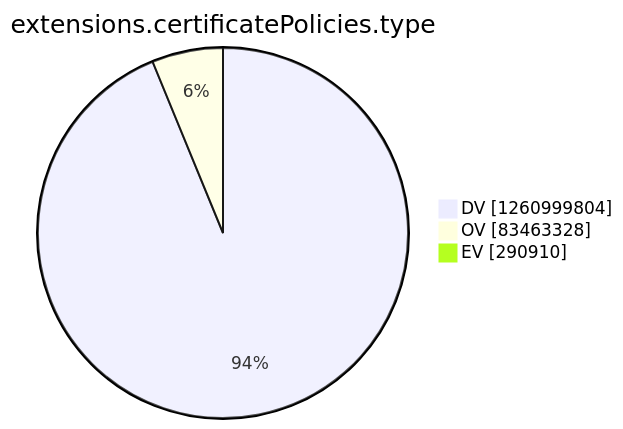
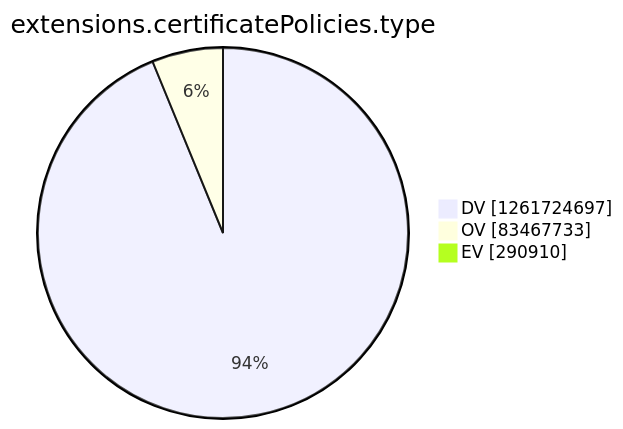
Before and after one commit to christiankrug/ctmonitor_visualization: the tenth of 15 diagrams in argon2022/README.md, drawn with Mermaid. The commit also changed other lines of this file, not shown here.

````diff
--- a/argon2022/README.md
+++ b/argon2022/README.md
@@ -2771,7 +2771,7 @@
 ```mermaid
 pie showData
 title extensions.certificatePolicies.type
-"DV" :1260999804
-"OV" :83463328
+"DV" :1261724697
+"OV" :83467733
 "EV" :290910
 ```
````
